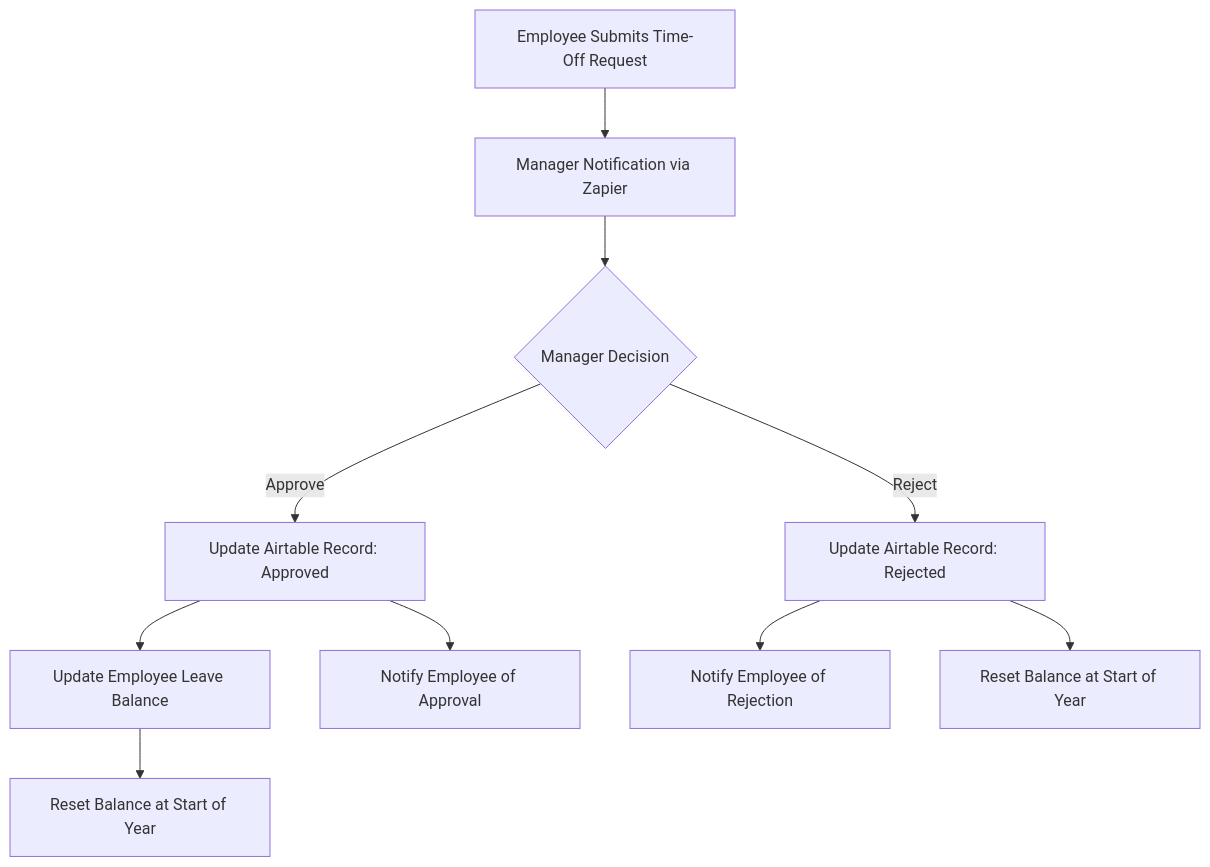
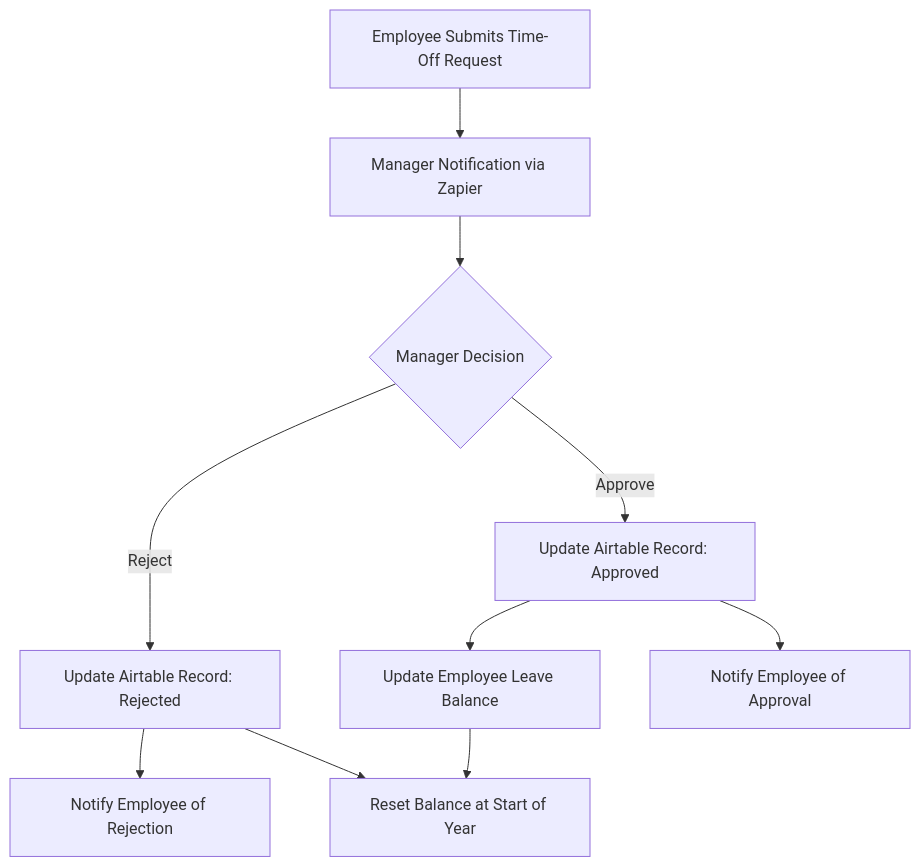
One commit to bayoxx/Automated-Employee-Time-Off-Management-System changed the diagram in README.md. Above: the diagram before and after it, drawn with Mermaid.

````diff
--- a/README.md
+++ b/README.md
@@ -43,12 +43,12 @@
 ```mermaid
 flowchart TD
     A[Employee Submits Time-Off Request] --> B[Manager Notification via Zapier]
     B --> C{Manager Decision}
     C -->|Approve| D[Update Airtable Record: Approved]
     C -->|Reject| E[Update Airtable Record: Rejected]
     D --> F[Update Employee Leave Balance]
     D --> G[Notify Employee of Approval]
     E --> H[Notify Employee of Rejection]
     F --> I[Reset Balance at Start of Year]
-    E --> L[Reset Balance at Start of Year]
+    E --> I[Reset Balance at Start of Year]
 ```
````
